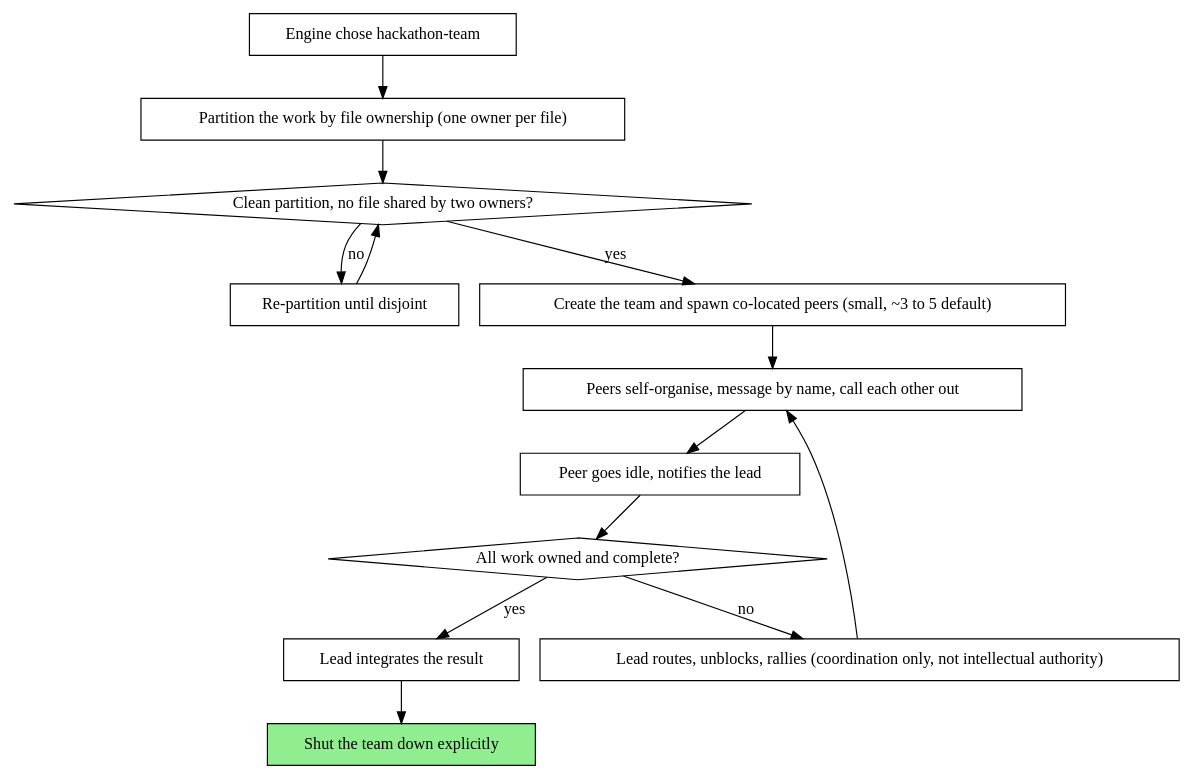
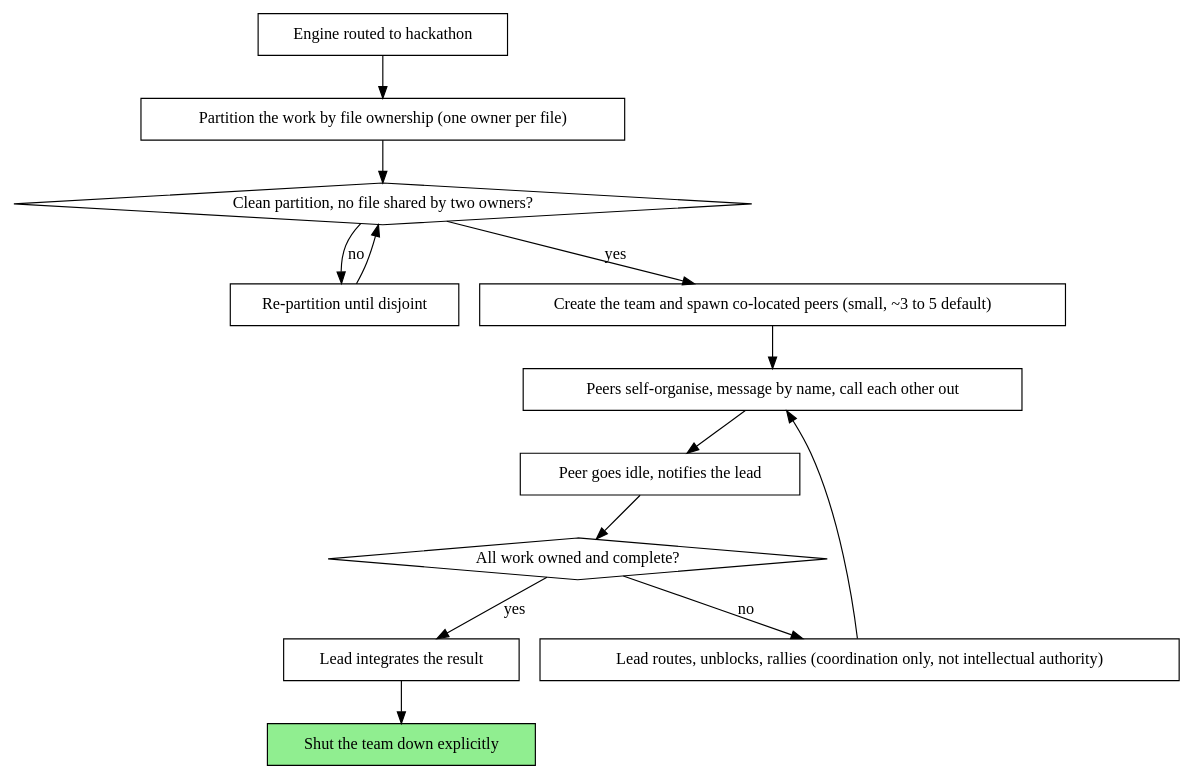
Before and after one commit to lujstn/playbook: the diagram in skills/hackathon-team/SKILL.md, drawn with Graphviz. The commit also changed other lines of this file and 58 other files, not shown here.

````diff
--- a/skills/hackathon-team/SKILL.md
+++ b/skills/hackathon-team/SKILL.md
@@ -50,29 +54,29 @@
 ```dot
 digraph hackathon_team {
     rankdir=TB;
-    "Engine chose hackathon-team" [shape=box];
+    "Engine routed to hackathon" [shape=box];
     "Partition the work by file ownership (one owner per file)" [shape=box];
     "Clean partition, no file shared by two owners?" [shape=diamond];
     "Re-partition until disjoint" [shape=box];
     "Create the team and spawn co-located peers (small, ~3 to 5 default)" [shape=box];
     "Peers self-organise, message by name, call each other out" [shape=box];
     "Peer goes idle, notifies the lead" [shape=box];
     "All work owned and complete?" [shape=diamond];
     "Lead routes, unblocks, rallies (coordination only, not intellectual authority)" [shape=box];
     "Lead integrates the result" [shape=box];
     "Shut the team down explicitly" [shape=box style=filled fillcolor=lightgreen];
 
-    "Engine chose hackathon-team" -> "Partition the work by file ownership (one owner per file)";
+    "Engine routed to hackathon" -> "Partition the work by file ownership (one owner per file)";
     "Partition the work by file ownership (one owner per file)" -> "Clean partition, no file shared by two owners?";
     "Clean partition, no file shared by two owners?" -> "Re-partition until disjoint" [label="no"];
     "Re-partition until disjoint" -> "Clean partition, no file shared by two owners?";
     "Clean partition, no file shared by two owners?" -> "Create the team and spawn co-located peers (small, ~3 to 5 default)" [label="yes"];
     "Create the team and spawn co-located peers (small, ~3 to 5 default)" -> "Peers self-organise, message by name, call each other out";
     "Peers self-organise, message by name, call each other out" -> "Peer goes idle, notifies the lead";
     "Peer goes idle, notifies the lead" -> "All work owned and complete?";
     "All work owned and complete?" -> "Lead routes, unblocks, rallies (coordination only, not intellectual authority)" [label="no"];
     "Lead routes, unblocks, rallies (coordination only, not intellectual authority)" -> "Peers self-organise, message by name, call each other out";
     "All work owned and complete?" -> "Lead integrates the result" [label="yes"];
     "Lead integrates the result" -> "Shut the team down explicitly";
 }
 ```
````
